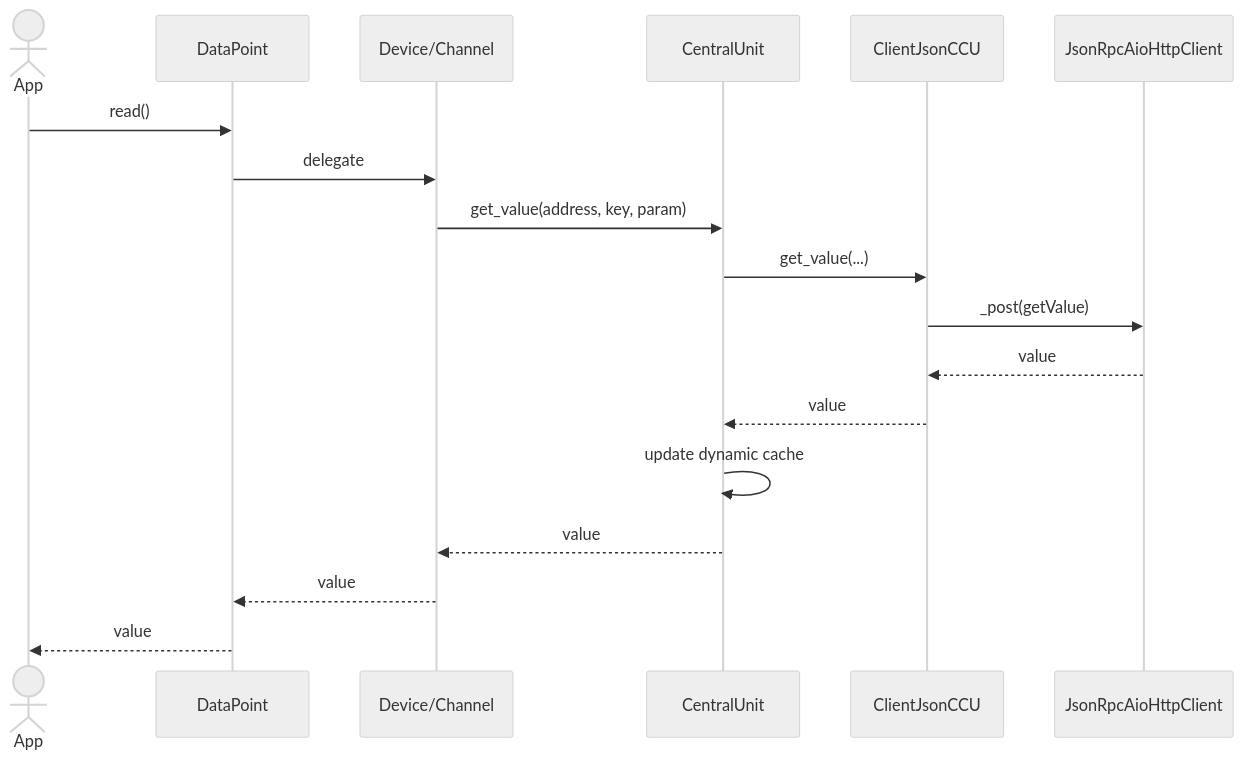
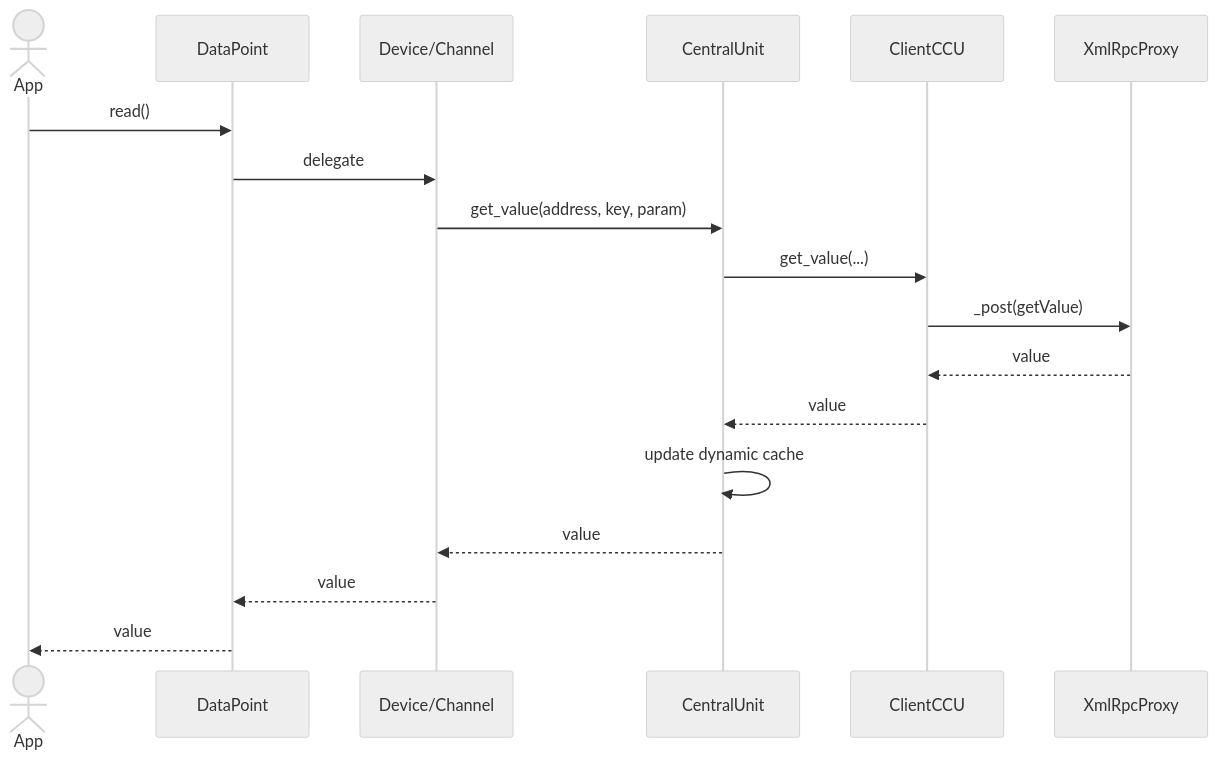
The first of 3 diagrams in docs/data_flow.md (SukramJ/aiohomematic), drawn with Mermaid (neutral theme) before and after one commit. The commit also changed other lines of this file and 5 other files, not shown here.

````diff
--- a/docs/data_flow.md
+++ b/docs/data_flow.md
@@ -96,20 +112,20 @@
 ```mermaid
 sequenceDiagram
   actor App
   participant DP as DataPoint
   participant Dev as Device/Channel
   participant C as CentralUnit
-  participant CJ as ClientJsonCCU
-  participant J as JsonRpcAioHttpClient
+  participant CX as ClientCCU
+  participant X as XmlRpcProxy
   App->>DP: read()
   DP->>Dev: delegate
   Dev->>C: get_value(address, key, param)
-  C->>CJ: get_value(...)
-  CJ->>J: _post(getValue)
-  J-->>CJ: value
-  CJ-->>C: value
+  C->>CX: get_value(...)
+  CX->>X: _post(getValue)
+  X-->>CX: value
+  CX-->>C: value
   C->>C: update dynamic cache
   C-->>Dev: value
   Dev-->>DP: value
   DP-->>App: value
 ```
````
